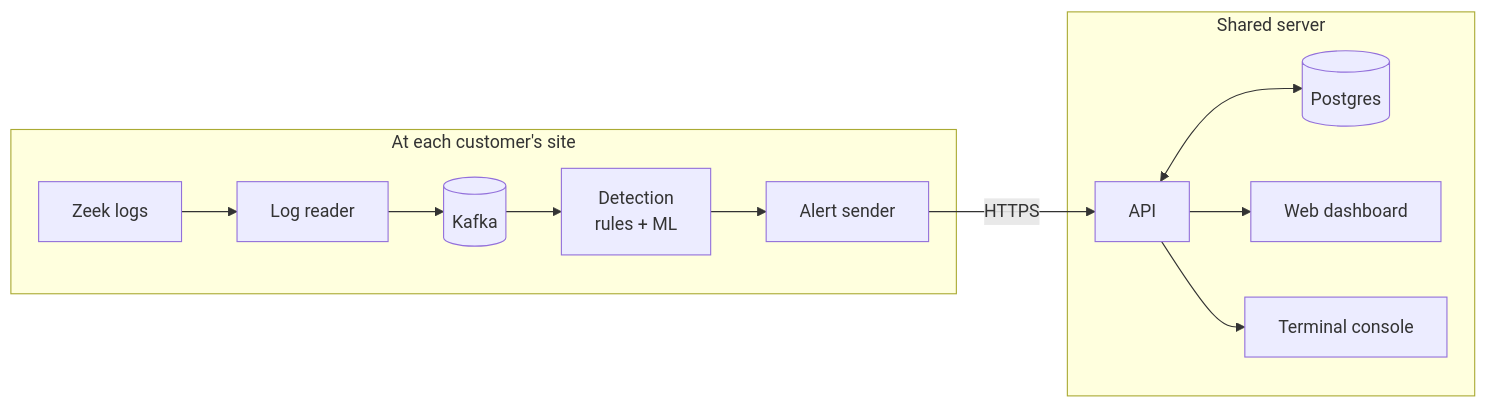
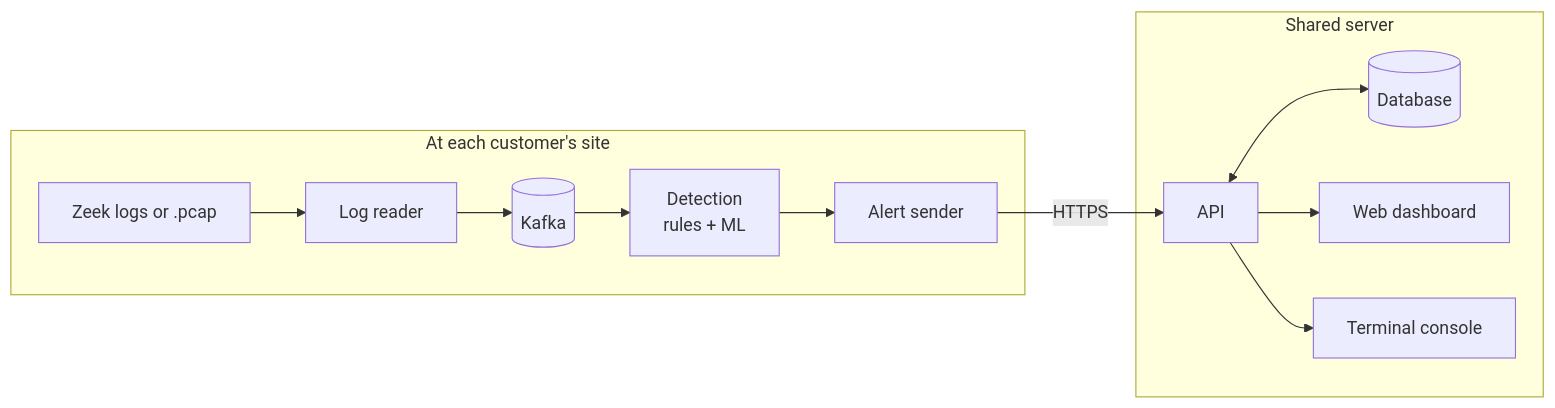
Before and after one commit to chakri192/NeuralSOC: the diagram in README.md, drawn with Mermaid. The commit also changed other lines of this file, not shown here.

````diff
--- a/README.md
+++ b/README.md
@@ -17,15 +17,15 @@
 ```mermaid
 flowchart LR
     subgraph site["At each customer's site"]
-        zeek["Zeek logs"] --> tail["Log reader"]
+        zeek["Zeek logs or .pcap"] --> tail["Log reader"]
         tail --> kafka[("Kafka")]
         kafka --> detect["Detection<br/>rules + ML"]
         detect --> sink["Alert sender"]
     end
     subgraph cloud["Shared server"]
         sink -->|HTTPS| api["API"]
-        api <--> db[("Postgres")]
+        api <--> db[("Database")]
         api --> dash["Web dashboard"]
         api --> term["Terminal console"]
     end
 ```
````
